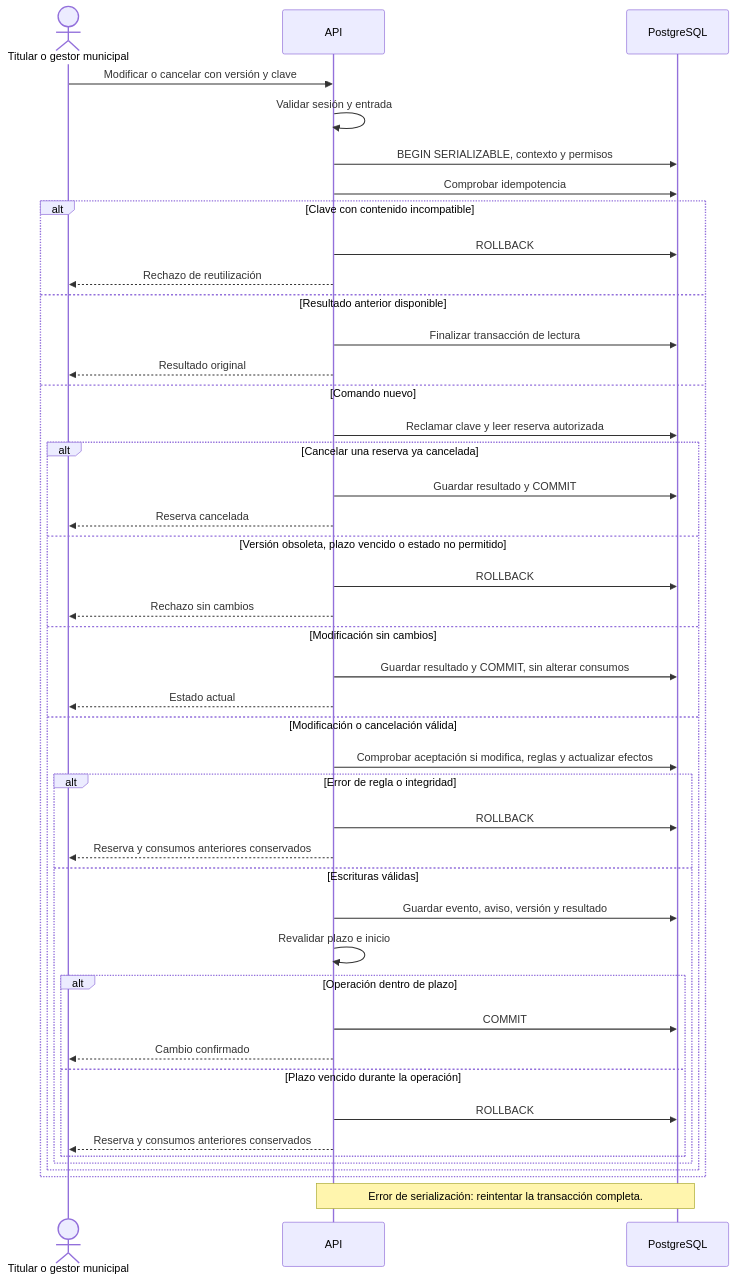
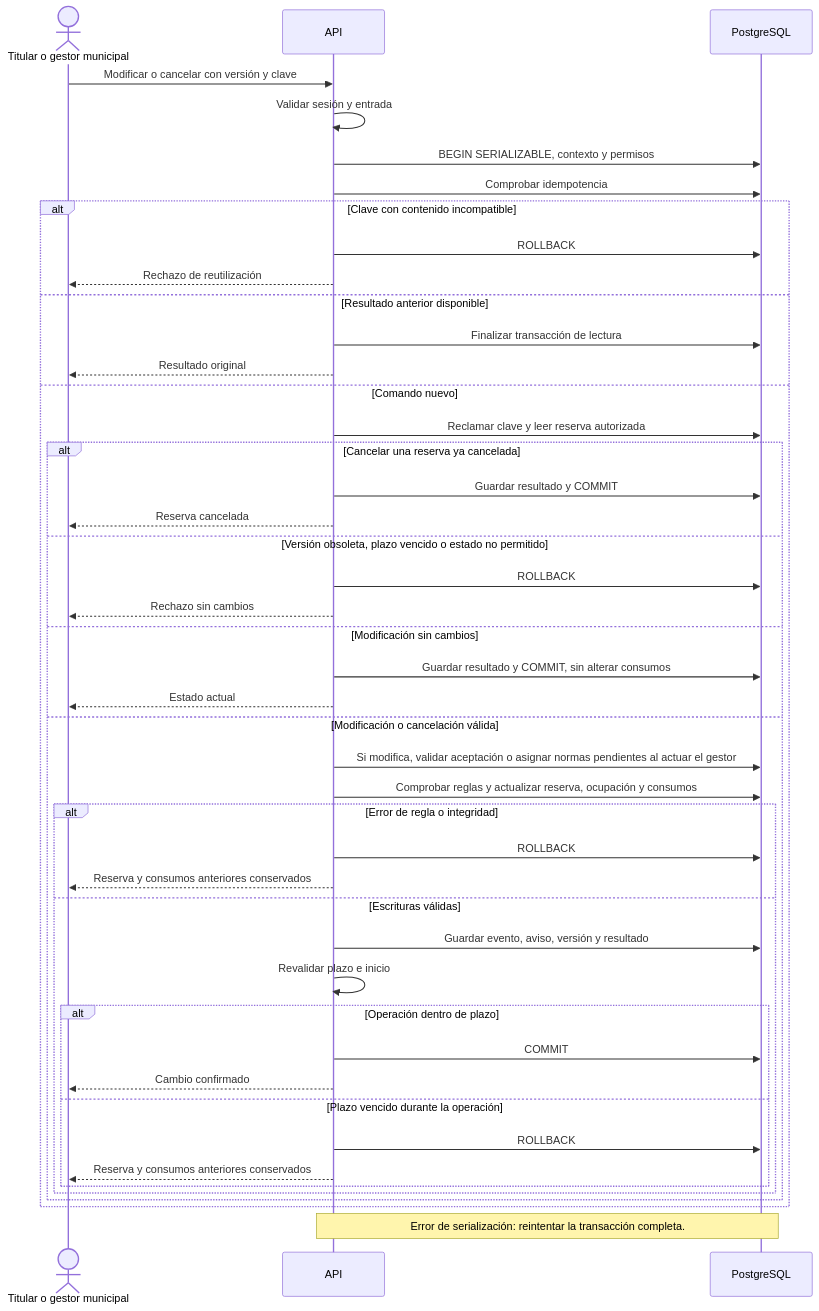
One commit to alanslzrr/quenda changed the third of 4 diagrams in docs/03_procesos_y_secuencias.md. Above: the diagram before and after it, drawn with Mermaid. The commit also changed other lines of this file and 6 other files, not shown here.

````diff
--- a/docs/03_procesos_y_secuencias.md
+++ b/docs/03_procesos_y_secuencias.md
@@ -134,46 +134,47 @@
 ```mermaid
 sequenceDiagram
   actor U as Titular o gestor municipal
   participant A as API
   participant D as PostgreSQL
   U->>A: Modificar o cancelar con versión y clave
   A->>A: Validar sesión y entrada
   A->>D: BEGIN SERIALIZABLE, contexto y permisos
   A->>D: Comprobar idempotencia
   alt Clave con contenido incompatible
     A->>D: ROLLBACK
     A-->>U: Rechazo de reutilización
   else Resultado anterior disponible
     A->>D: Finalizar transacción de lectura
     A-->>U: Resultado original
   else Comando nuevo
     A->>D: Reclamar clave y leer reserva autorizada
     alt Cancelar una reserva ya cancelada
       A->>D: Guardar resultado y COMMIT
       A-->>U: Reserva cancelada
     else Versión obsoleta, plazo vencido o estado no permitido
       A->>D: ROLLBACK
       A-->>U: Rechazo sin cambios
     else Modificación sin cambios
       A->>D: Guardar resultado y COMMIT, sin alterar consumos
       A-->>U: Estado actual
     else Modificación o cancelación válida
-      A->>D: Comprobar aceptación si modifica, reglas y actualizar efectos
+      A->>D: Si modifica, validar aceptación o asignar normas pendientes al actuar el gestor
+      A->>D: Comprobar reglas y actualizar reserva, ocupación y consumos
       alt Error de regla o integridad
         A->>D: ROLLBACK
         A-->>U: Reserva y consumos anteriores conservados
       else Escrituras válidas
         A->>D: Guardar evento, aviso, versión y resultado
         A->>A: Revalidar plazo e inicio
         alt Operación dentro de plazo
           A->>D: COMMIT
           A-->>U: Cambio confirmado
         else Plazo vencido durante la operación
           A->>D: ROLLBACK
           A-->>U: Reserva y consumos anteriores conservados
         end
       end
     end
   end
   Note over A,D: Error de serialización: reintentar la transacción completa.
 ```
````
